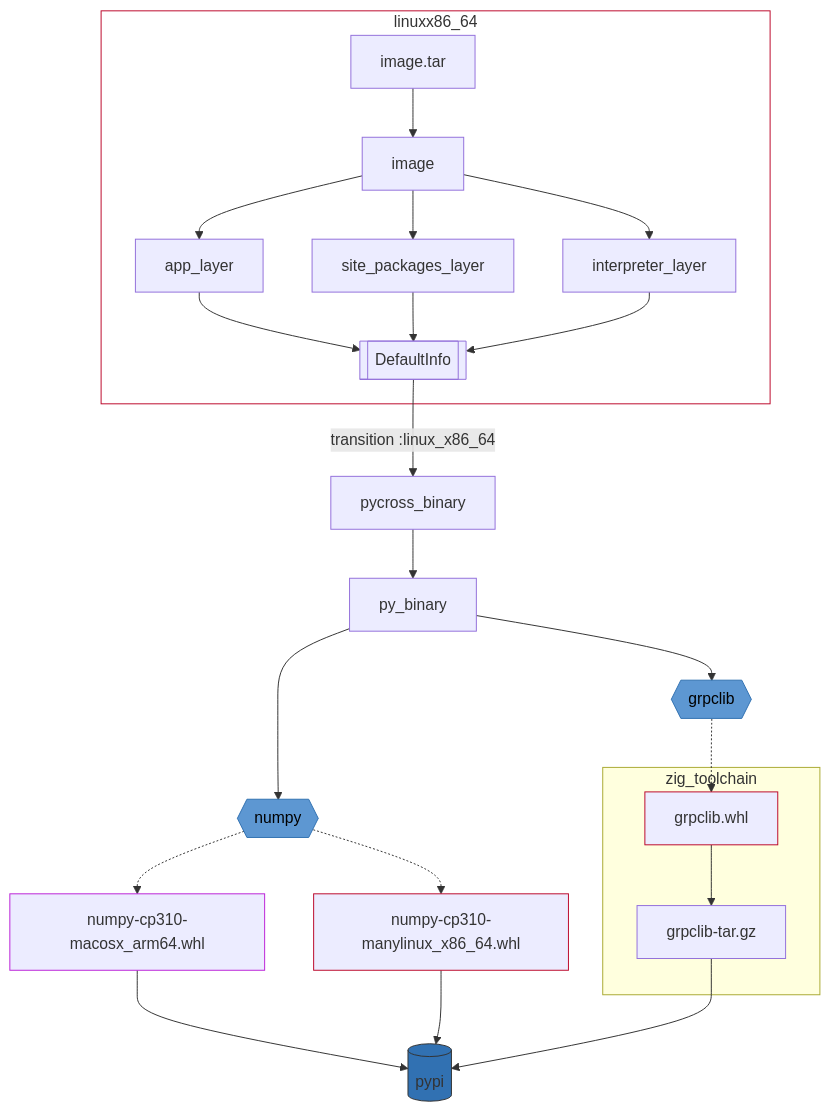
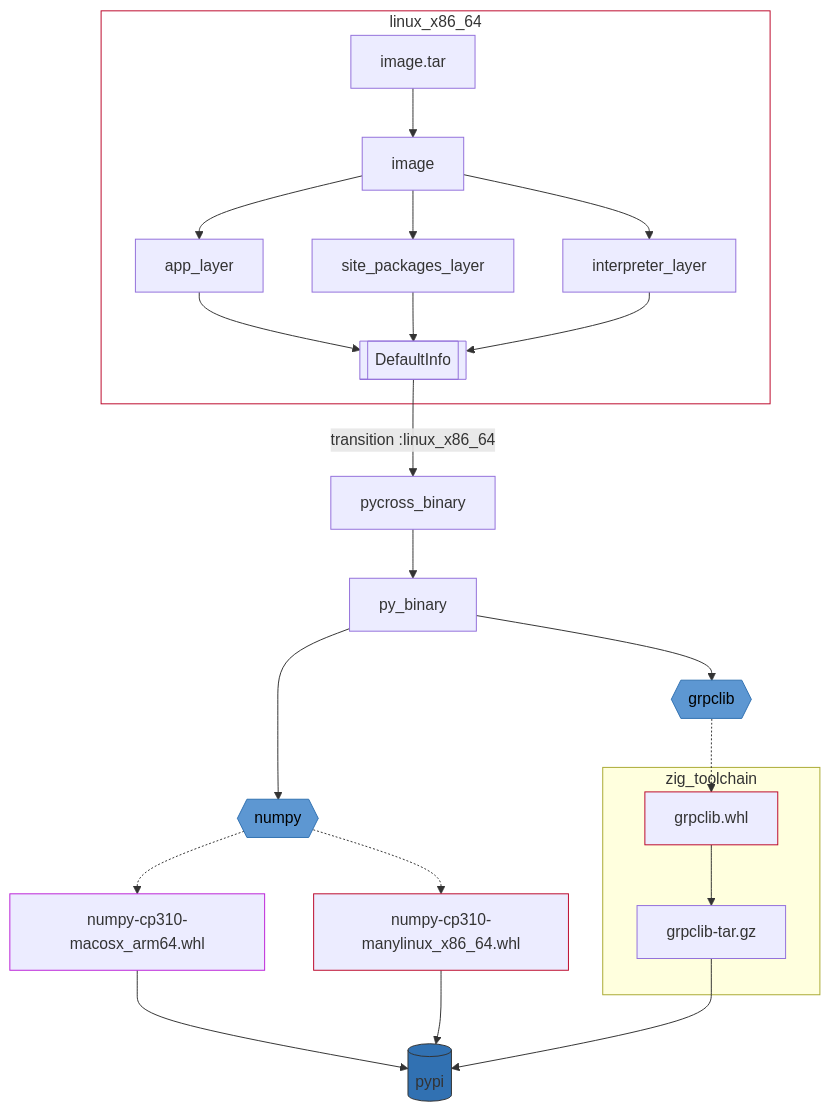
The diagram in README.md (stackb/pycross_image), drawn with Mermaid before and after one commit. The commit also changed other lines of this file and 7 other files, not shown here.

````diff
--- a/README.md
+++ b/README.md
@@ -39,43 +40,43 @@
 ```mermaid
 graph TD;
     pypi[(pypi)]
     DefaultInfo[[DefaultInfo]]
     numpy{{numpy}}
     grpclib{{grpclib}}
 
-    subgraph linux_x86_64["linuxx86_64\n"]
+    subgraph linux_x86_64
         image.tar-->image;
         image-->app_layer;
         image-->site_packages_layer;
         image-->interpreter_layer;
         app_layer-->DefaultInfo;
         site_packages_layer-->DefaultInfo;
         interpreter_layer-->DefaultInfo;
     end
 
     DefaultInfo--transition :linux_x86_64-->pycross_binary;
     pycross_binary-->py_binary;
     py_binary-->numpy;
     py_binary-->grpclib;
 
     numpy-.->numpy-cp310-macosx_arm64.whl
     numpy-.->numpy-cp310-manylinux_x86_64.whl
     grpclib-.->grpclib.whl
     numpy-cp310-macosx_arm64.whl-->pypi
     numpy-cp310-manylinux_x86_64.whl-->pypi
 
     subgraph zig_toolchain
         grpclib.whl-->grpclib-tar.gz
     end
 
     grpclib-tar.gz-->pypi
 
     style pypi fill:#3171b2,stroke:#333
     style numpy fill:#5d97d2,stroke:#3171b2,color:black
     style grpclib fill:#5d97d2,stroke:#3171b2,color:black
     style grpclib.whl stroke:#bc082b
 
     style numpy-cp310-manylinux_x86_64.whl stroke:#bc082b
     style numpy-cp310-macosx_arm64.whl stroke:#bb22d8
     style linux_x86_64 stroke:#bc082b,fill:none
 ```
````
